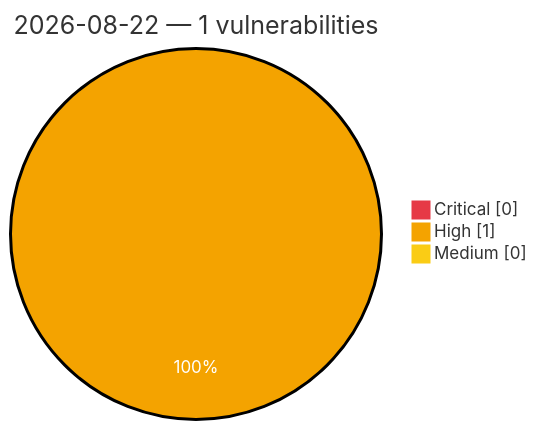
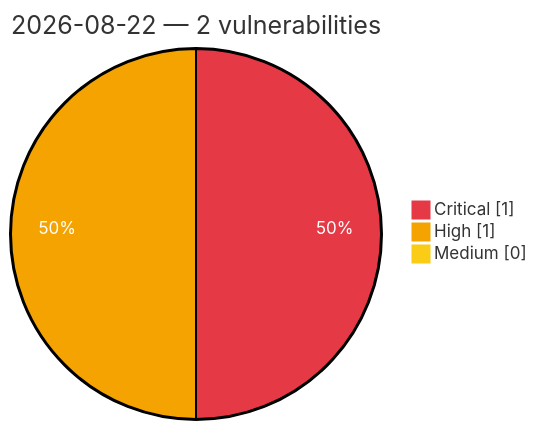
One commit to GhostX0X/vuln-tracker changed the diagram in vulnerabilities/2026/August/2026-08-22.md. Above: the diagram before and after it, drawn with Mermaid. The commit also changed other lines of this file and 5 other files, not shown here.

````diff
--- a/vulnerabilities/2026/August/2026-08-22.md
+++ b/vulnerabilities/2026/August/2026-08-22.md
@@ -3,8 +3,8 @@
 ```mermaid
 %%{init: {'theme':'base', 'themeVariables': {'pie1':'#e63946', 'pie2':'#f4a300', 'pie3':'#facc15', 'pieOpacity':'1', 'pieOuterStrokeWidth':'2px', 'pieSectionTextColor':'#ffffff'}}}%%
 pie showData
-    title 2026-08-22 — 1 vulnerabilities
-    "Critical" : 0
+    title 2026-08-22 — 2 vulnerabilities
+    "Critical" : 1
     "High" : 1
     "Medium" : 0
 ```
````
